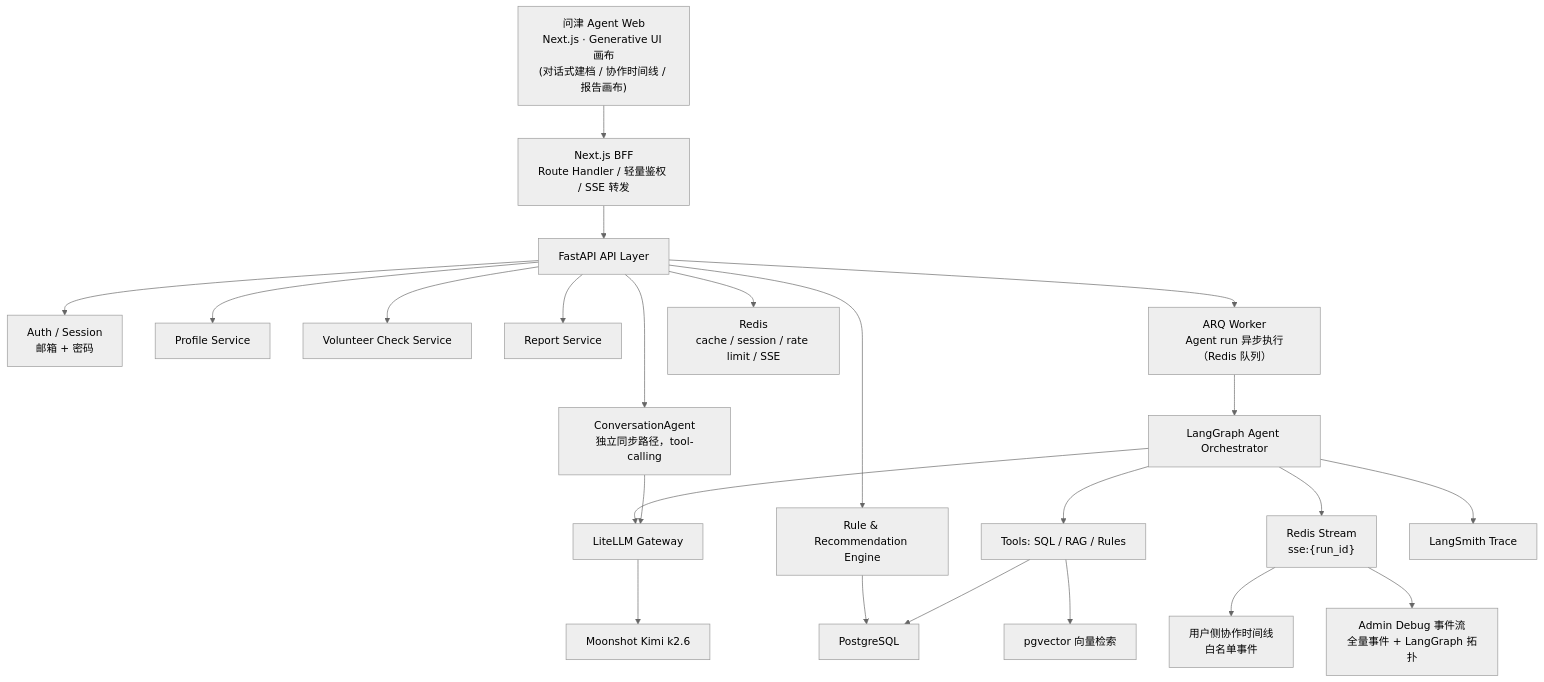
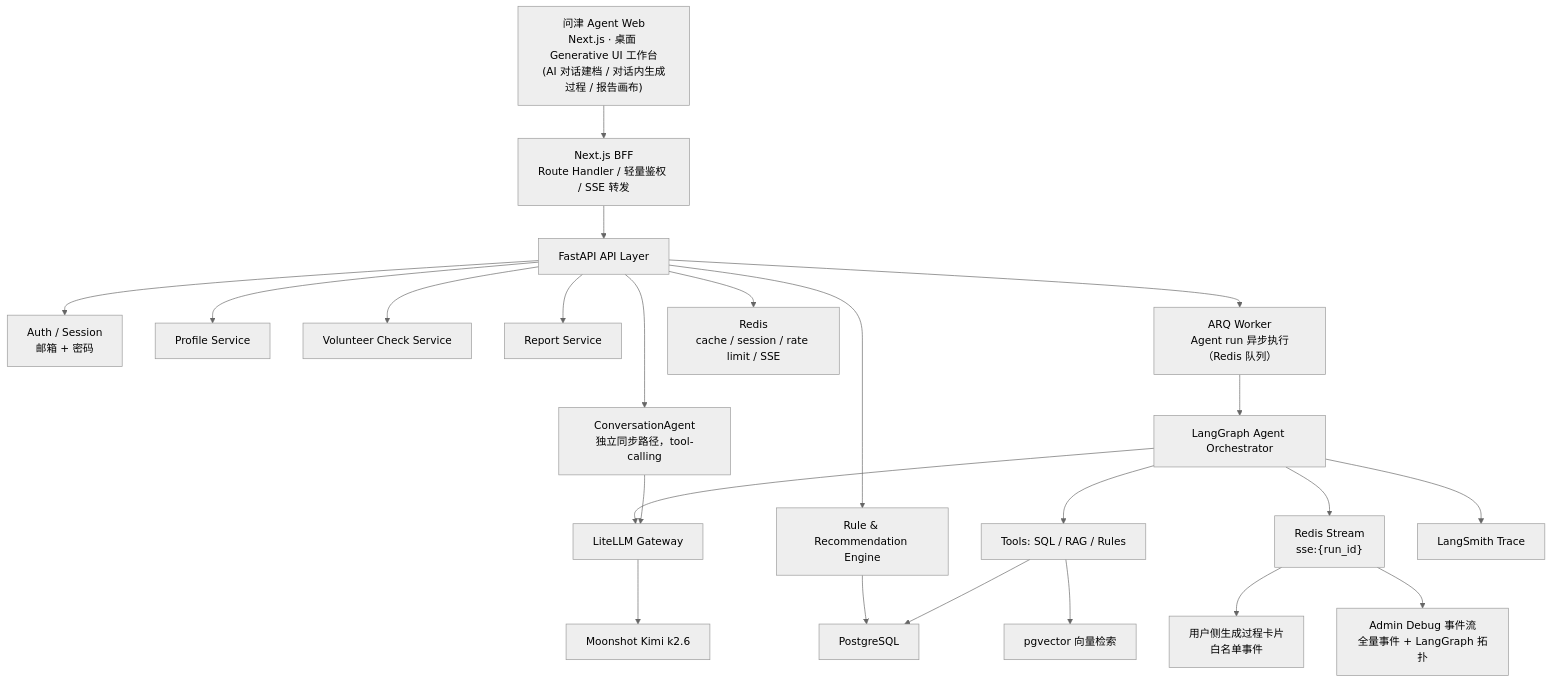
Before and after one commit to debugzhao/jin-guide: the first of 5 diagrams in docs/backend-prd-v2.md, drawn with Mermaid (neutral theme). The commit also changed other lines of this file and 2 other files, not shown here.

````diff
--- a/docs/backend-prd-v2.md
+++ b/docs/backend-prd-v2.md
@@ -32,25 +32,25 @@
 ```mermaid
 flowchart TD
-  FE["问津 Agent Web<br/>Next.js · Generative UI 画布<br/>(对话式建档 / 协作时间线 / 报告画布)"] --> BFF["Next.js BFF<br/>Route Handler / 轻量鉴权 / SSE 转发"]
+  FE["问津 Agent Web<br/>Next.js · 桌面 Generative UI 工作台<br/>(AI 对话建档 / 对话内生成过程 / 报告画布)"] --> BFF["Next.js BFF<br/>Route Handler / 轻量鉴权 / SSE 转发"]
   BFF --> API["FastAPI API Layer"]
   API --> AUTH["Auth / Session<br/>邮箱 + 密码"]
   API --> PROFILE["Profile Service"]
   API --> CHECK["Volunteer Check Service"]
   API --> REPORT["Report Service"]
   API --> CONV["ConversationAgent<br/>独立同步路径，tool-calling"]
   API --> BG["ARQ Worker<br/>Agent run 异步执行（Redis 队列）"]
   BG --> AGENT["LangGraph Agent Orchestrator"]
   API --> RULE["Rule & Recommendation Engine"]
   RULE --> SQL["PostgreSQL"]
   AGENT --> GW["LiteLLM Gateway"]
   CONV --> GW
   GW --> LLM["Moonshot Kimi k2.6"]
   AGENT --> TOOLS["Tools: SQL / RAG / Rules"]
   TOOLS --> SQL
   TOOLS --> VDB["pgvector 向量检索"]
   AGENT --> STREAM["Redis Stream<br/>sse:{run_id}"]
-  STREAM --> USEREVT["用户侧协作时间线<br/>白名单事件"]
+  STREAM --> USEREVT["用户侧生成过程卡片<br/>白名单事件"]
   STREAM --> DEBUGEVT["Admin Debug 事件流<br/>全量事件 + LangGraph 拓扑"]
   API --> REDIS["Redis<br/>cache / session / rate limit / SSE"]
   AGENT --> TRACE["LangSmith Trace"]
 ```
````
